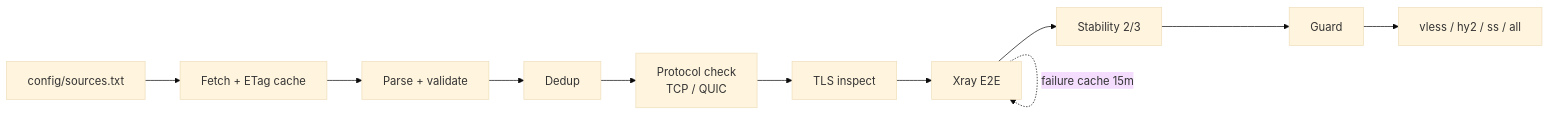
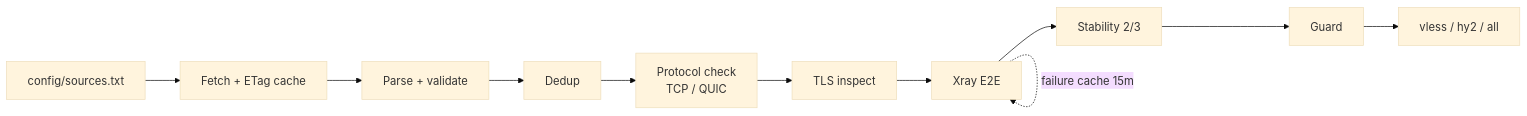
Before and after one commit to BarqDev1/vless-aggregator: the diagram in README.md, drawn with Mermaid (base theme). The commit also changed other lines of this file and 12 other files, not shown here.

````diff
--- a/README.md
+++ b/README.md
@@ -75,14 +72,14 @@
 ```mermaid
 flowchart LR
     A[config/sources.txt] --> B[Fetch + ETag cache]
     B --> C[Parse + validate]
     C --> D[Dedup]
     D --> E[Protocol check<br/>TCP / QUIC]
     E --> F[TLS inspect]
     F --> G[Xray E2E]
     G --> H[Stability 2/3]
     H --> I[Guard]
-    I --> J[vless / hy2 / ss / all]
+    I --> J[vless / hy2 / all]
     G -. success cache 60m .-> G
     G -. failure cache 15m .-> G
 ```
````
